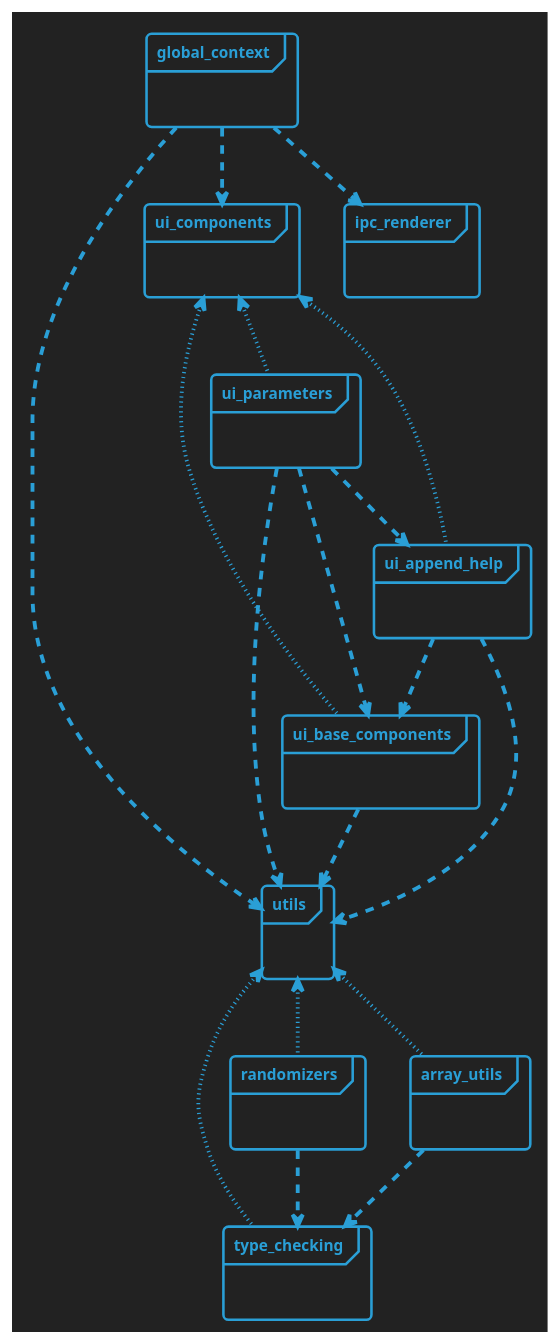
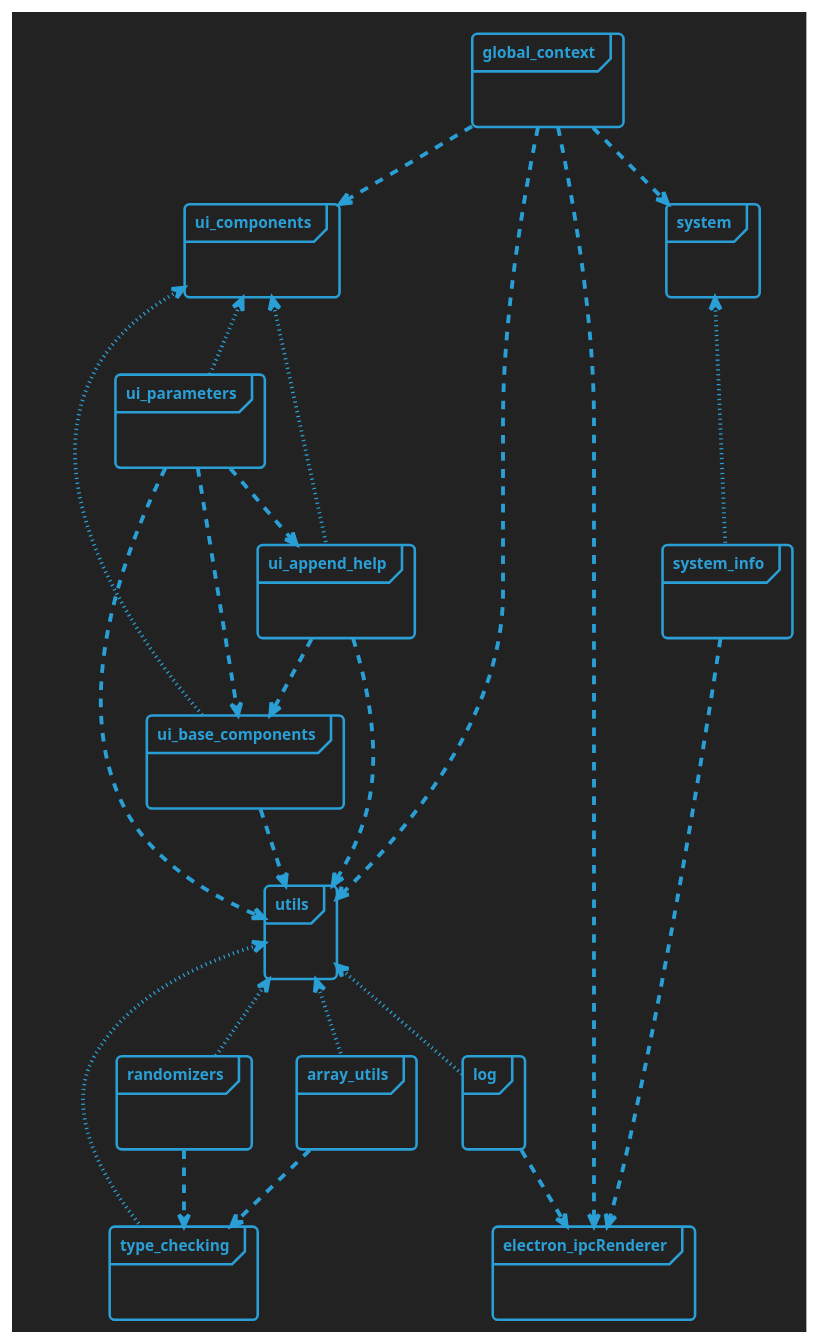
Before and after one commit to Picorims/wav2bar: the diagram in docs/modules.plantuml, drawn with PlantUML. The commit also changed 19 other files, not shown here.

Commit message:
move logs and system process info to ES modules, use ipcRenderer when needed, save module draft

```diff
--- a/docs/modules.plantuml
+++ b/docs/modules.plantuml
@@ -3,45 +3,56 @@
 @startuml "modules
 !theme cyborg-outline
 skinparam BackgroundColor #222222
 skinparam PackageStyle frame
 
 'package: dotted = export, otherwise = import
 
 package "global_context" {}
 global_context ..> utils
 global_context ..> ui_components
-global_context ..> ipc_renderer
+global_context ..> system
+global_context ..> electron_ipcRenderer
 
-package "ipc_renderer" {}
+package "system" {}
+system <.[dotted]. system_info
+
+package "electron_ipcRenderer" {}
+
+package "system_info" {}
+system_info ..> electron_ipcRenderer
 
 package "ui_components" {}
 ui_components <.[dotted]. ui_base_components
 ui_components <.[dotted]. ui_parameters
 ui_components <.[dotted]. ui_append_help
 
 package "ui_base_components" {}
 ui_base_components ..> utils
 
 package "ui_parameters" {}
 ui_parameters ..> utils
 ui_parameters ..> ui_base_components
 ui_parameters ..> ui_append_help
 
 package "ui_append_help" {}
 ui_append_help ..> utils
 ui_append_help ..> ui_base_components
 
 package "utils" {}
 utils <.[dotted]. type_checking
 utils <.[dotted]. randomizers
 utils <.[dotted]. array_utils
+utils <.[dotted]. log
 
 package "array_utils" {}
 array_utils ..> type_checking
 
 package "randomizers" {}
 randomizers ..> type_checking
 
 package "type_checking" {}
 
+package "log" {}
+log ..> electron_ipcRenderer
+
 @enduml
```
